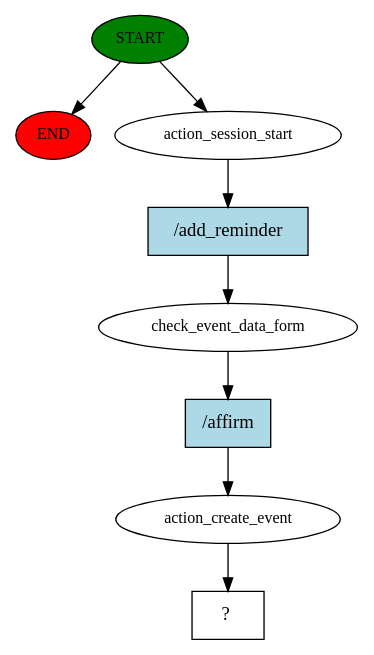
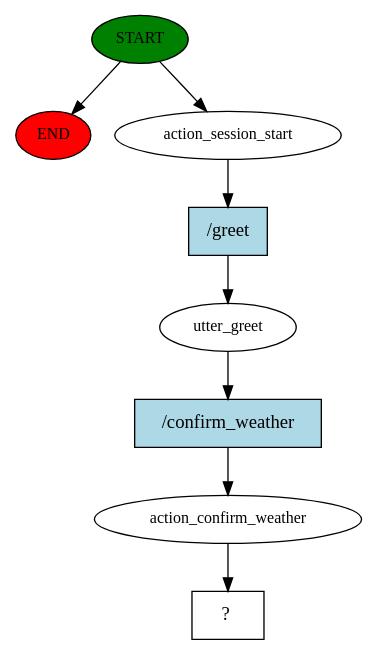
The diagram in rasa-assistant/story_graph.dot (BernardoLeandro1/PI), drawn with Graphviz before and after one commit. The commit also changed 44 other files, not shown here.

Commit message:
confirm weather v0.1

```diff
--- a/rasa-assistant/story_graph.dot
+++ b/rasa-assistant/story_graph.dot
@@ -1,17 +1,17 @@
 digraph  {
 0 [class="start active", fillcolor=green, fontsize=12, label=START, style=filled];
 "-1" [class=end, fillcolor=red, fontsize=12, label=END, style=filled];
 1 [class=active, fontsize=12, label=action_session_start];
-2 [class=active, fontsize=12, label=check_event_data_form];
-3 [class=active, fontsize=12, label=action_create_event];
+2 [class=active, fontsize=12, label=utter_greet];
+3 [class=active, fontsize=12, label=action_confirm_weather];
 4 [class="intent dashed active", label="  ?  ", shape=rect];
-5 [class="intent active", fillcolor=lightblue, label="/add_reminder", shape=rect, style=filled];
-6 [class="intent active", fillcolor=lightblue, label="/affirm", shape=rect, style=filled];
+5 [class="intent active", fillcolor=lightblue, label="/greet", shape=rect, style=filled];
+6 [class="intent active", fillcolor=lightblue, label="/confirm_weather", shape=rect, style=filled];
 0 -> "-1"  [class="", key=NONE, label=""];
 0 -> 1  [class=active, key=NONE, label=""];
 1 -> 5  [class=active, key=0];
 2 -> 6  [class=active, key=0];
 3 -> 4  [class=active, key=NONE, label=""];
 5 -> 2  [class=active, key=0];
 6 -> 3  [class=active, key=0];
 }
```
